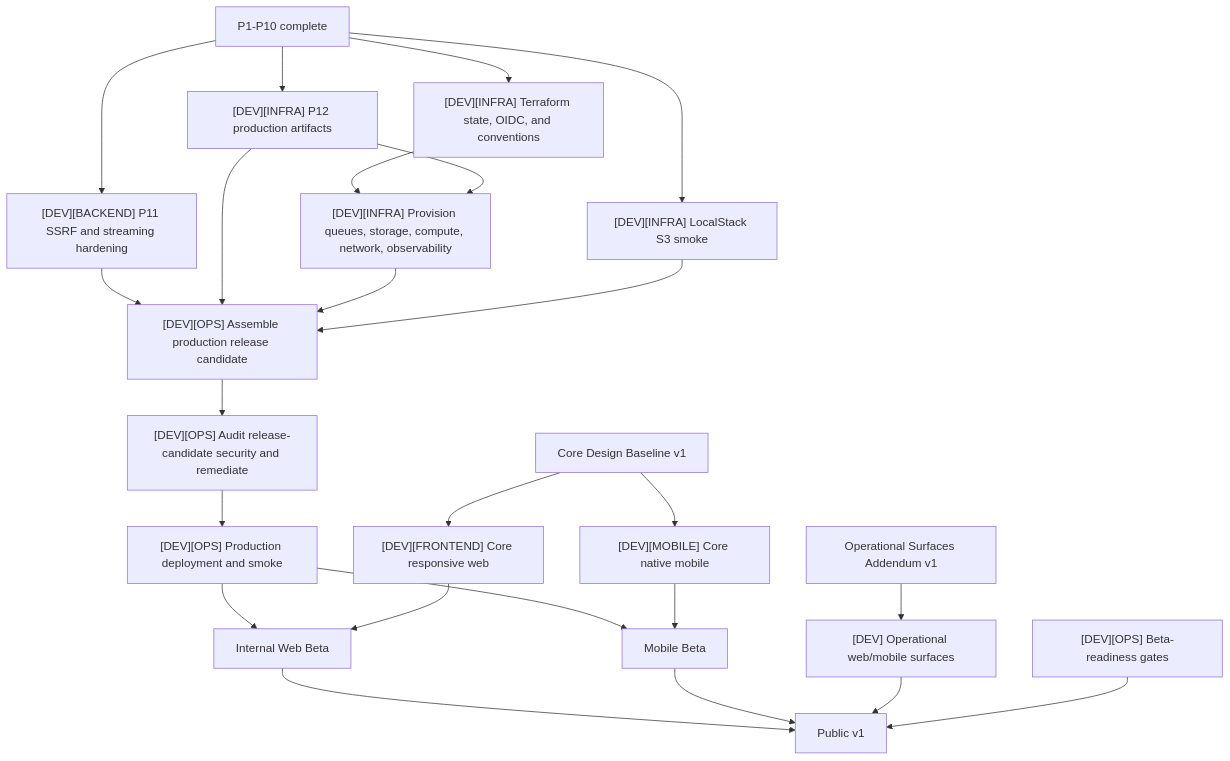
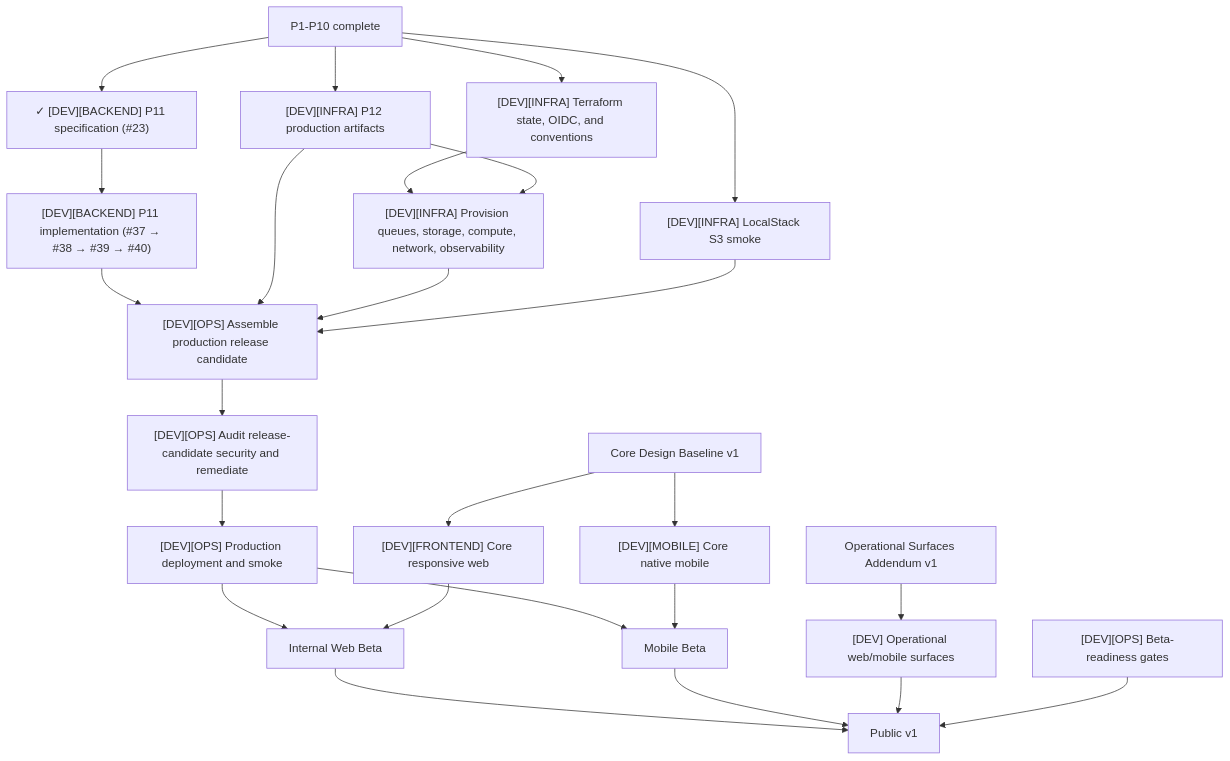
The diagram in docs/architecture/production-roadmap.md (starkovalera/recipe-manager), drawn with Mermaid before and after one commit. The commit also changed other lines of this file and 4 other files, not shown here.

````diff
--- a/docs/architecture/production-roadmap.md
+++ b/docs/architecture/production-roadmap.md
@@ -187,31 +187,32 @@
 ```mermaid
 flowchart TD
   p10["P1-P10 complete"]
-  p10 --> p11["[DEV][BACKEND] P11 SSRF and streaming hardening"]
+  p10 --> p11Spec["✓ [DEV][BACKEND] P11 specification (#23)"]
+  p11Spec --> p11Implementation["[DEV][BACKEND] P11 implementation (#37 → #38 → #39 → #40)"]
   p10 --> p12["[DEV][INFRA] P12 production artifacts"]
   p10 --> localstack["[DEV][INFRA] LocalStack S3 smoke"]
   p10 --> tfFoundation["[DEV][INFRA] Terraform state, OIDC, and conventions"]
 
   tfFoundation --> cloudResources["[DEV][INFRA] Provision queues, storage, compute, network, observability"]
   p12 --> cloudResources
 
-  p11 --> releaseCandidate["[DEV][OPS] Assemble production release candidate"]
+  p11Implementation --> releaseCandidate["[DEV][OPS] Assemble production release candidate"]
   p12 --> releaseCandidate
   cloudResources --> releaseCandidate
   localstack --> releaseCandidate
   releaseCandidate --> security["[DEV][OPS] Audit release-candidate security and remediate"]
   security --> technicalProd["[DEV][OPS] Production deployment and smoke"]
 
   designCore["Core Design Baseline v1"] --> web["[DEV][FRONTEND] Core responsive web"]
   designCore --> mobile["[DEV][MOBILE] Core native mobile"]
   technicalProd --> webBeta["Internal Web Beta"]
   web --> webBeta
   technicalProd --> mobileBeta["Mobile Beta"]
   mobile --> mobileBeta
 
   designOps["Operational Surfaces Addendum v1"] --> operationalClients["[DEV] Operational web/mobile surfaces"]
   webBeta --> publicV1["Public v1"]
   mobileBeta --> publicV1
   operationalClients --> publicV1
   beta["[DEV][OPS] Beta-readiness gates"] --> publicV1
 ```
````
